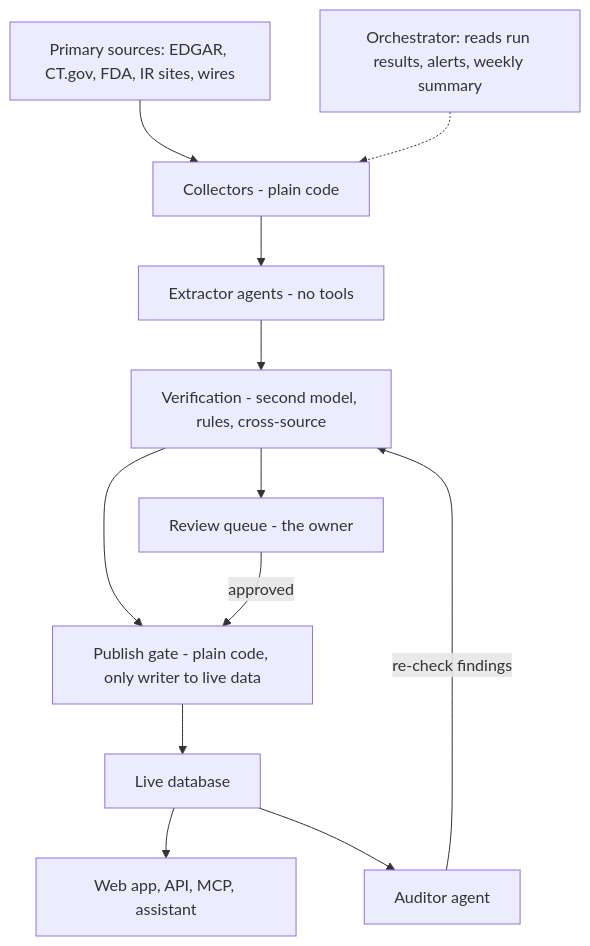
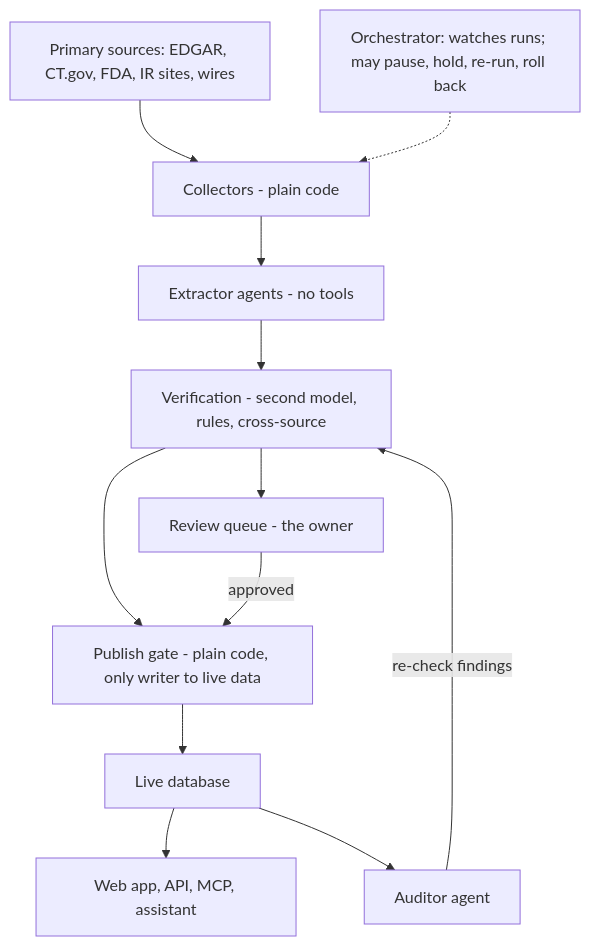
Before and after one commit to acarchidi/catalyst-tracker: the diagram in docs/spec.md, drawn with Mermaid. The commit also changed other lines of this file and 4 other files, not shown here.

````diff
--- a/docs/spec.md
+++ b/docs/spec.md
@@ -125,14 +125,14 @@
 ```mermaid
 flowchart TD
   S[Primary sources: EDGAR, CT.gov, FDA, IR sites, wires] --> C[Collectors - plain code]
   C --> E[Extractor agents - no tools]
   E --> V[Verification - second model, rules, cross-source]
   V --> G[Publish gate - plain code, only writer to live data]
   V --> R[Review queue - the owner]
   R -- approved --> G
   G --> D[Live database]
   D --> O[Web app, API, MCP, assistant]
   D --> A[Auditor agent]
   A -- re-check findings --> V
-  X[Orchestrator: reads run results, alerts, weekly summary] -.-> C
+  X[Orchestrator: watches runs; may pause, hold, re-run, roll back] -.-> C
 ```
````
